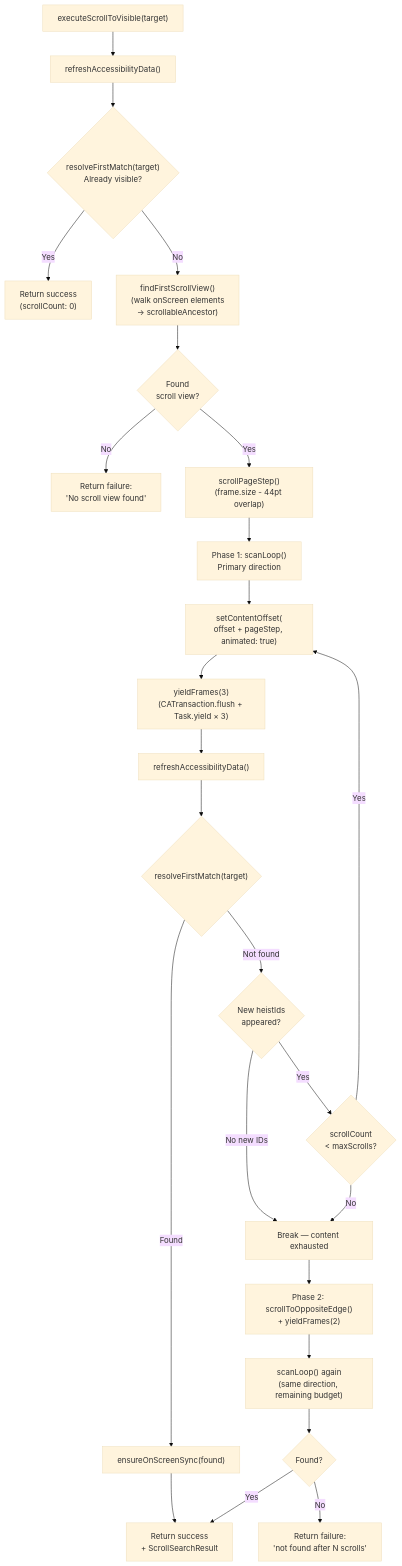
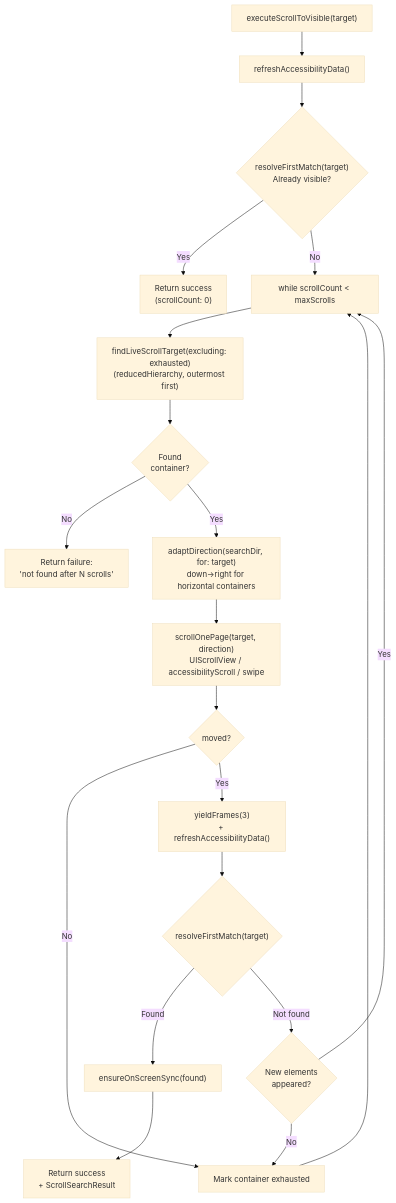
The eighth of 9 diagrams in docs/dossiers/13-THEBAGMAN.md (RoyalPineapple/TheButtonHeist), drawn with Mermaid (base theme) before and after one commit. The commit also changed other lines of this file and 3 other files, not shown here.

First line of the commit message:
docs: update scroll documentation for hierarchy-driven architecture

````diff
--- a/docs/dossiers/13-THEBAGMAN.md
+++ b/docs/dossiers/13-THEBAGMAN.md
@@ -266,29 +267,25 @@
 ```mermaid
 flowchart TD
     S["executeScrollToVisible(target)"] --> REF["refreshAccessibilityData()"]
     REF --> CHK{"resolveFirstMatch(target)<br/>Already visible?"}
     CHK -->|Yes| DONE["Return success<br/>(scrollCount: 0)"]
-    CHK -->|No| FSV["findFirstScrollView()<br/>(walk onScreen elements<br/>→ scrollableAncestor)"]
-    FSV --> SVOK{Found<br/>scroll view?}
-    SVOK -->|No| FAIL0["Return failure:<br/>'No scroll view found'"]
-    SVOK -->|Yes| STEP["scrollPageStep()<br/>(frame.size - 44pt overlap)"]
-    STEP --> PH1["Phase 1: scanLoop()<br/>Primary direction"]
+    CHK -->|No| LOOP["while scrollCount < maxScrolls"]
 
-    PH1 --> SLOOP["setContentOffset(<br/>offset + pageStep, animated: true)"]
-    SLOOP --> YIELD["yieldFrames(3)<br/>(CATransaction.flush + Task.yield × 3)"]
-    YIELD --> REFR["refreshAccessibilityData()"]
-    REFR --> FM{"resolveFirstMatch(target)"}
+    LOOP --> FIND["findLiveScrollTarget(excluding: exhausted)<br/>(reducedHierarchy, outermost first)"]
+    FIND --> SVOK{Found<br/>container?}
+    SVOK -->|No| FAILN["Return failure:<br/>'not found after N scrolls'"]
+    SVOK -->|Yes| ADAPT["adaptDirection(searchDir, for: target)<br/>down→right for horizontal containers"]
+
+    ADAPT --> SCROLL["scrollOnePage(target, direction)<br/>UIScrollView / accessibilityScroll / swipe"]
+    SCROLL --> MOVED{moved?}
+    MOVED -->|No| EXHAUST["Mark container exhausted"]
+    EXHAUST --> LOOP
+
+    MOVED -->|Yes| SETTLE["yieldFrames(3)<br/>+ refreshAccessibilityData()"]
+    SETTLE --> FM{"resolveFirstMatch(target)"}
     FM -->|Found| ENS["ensureOnScreenSync(found)"]
     ENS --> END["Return success<br/>+ ScrollSearchResult"]
-    FM -->|Not found| NEW{New heistIds<br/>appeared?}
-    NEW -->|No new IDs| STALL["Break — content exhausted"]
-    NEW -->|Yes| BUDGET{scrollCount<br/>< maxScrolls?}
-    BUDGET -->|Yes| SLOOP
-    BUDGET -->|No| STALL
-
-    STALL --> PH2["Phase 2: scrollToOppositeEdge()<br/>+ yieldFrames(2)"]
-    PH2 --> SCAN2["scanLoop() again<br/>(same direction, remaining budget)"]
-    SCAN2 --> RESULT{Found?}
-    RESULT -->|Yes| END
-    RESULT -->|No| FAILN["Return failure:<br/>'not found after N scrolls'"]
+    FM -->|Not found| NEW{New elements<br/>appeared?}
+    NEW -->|No| EXHAUST
+    NEW -->|Yes| LOOP
 ```
````
